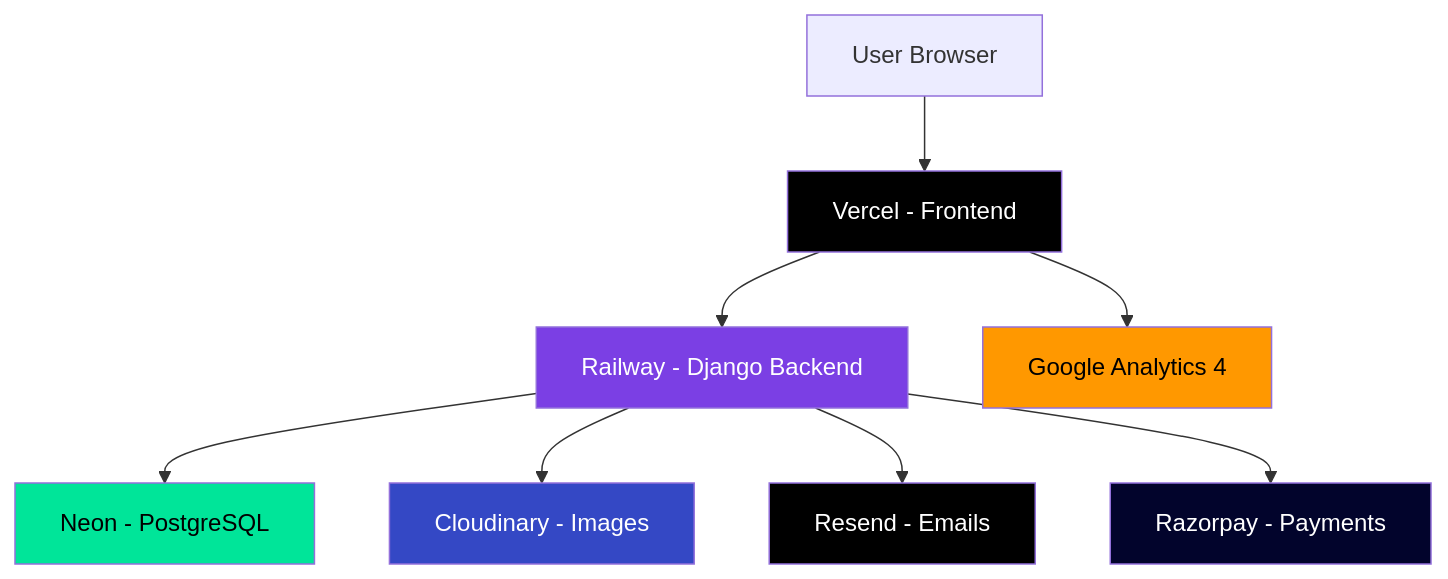
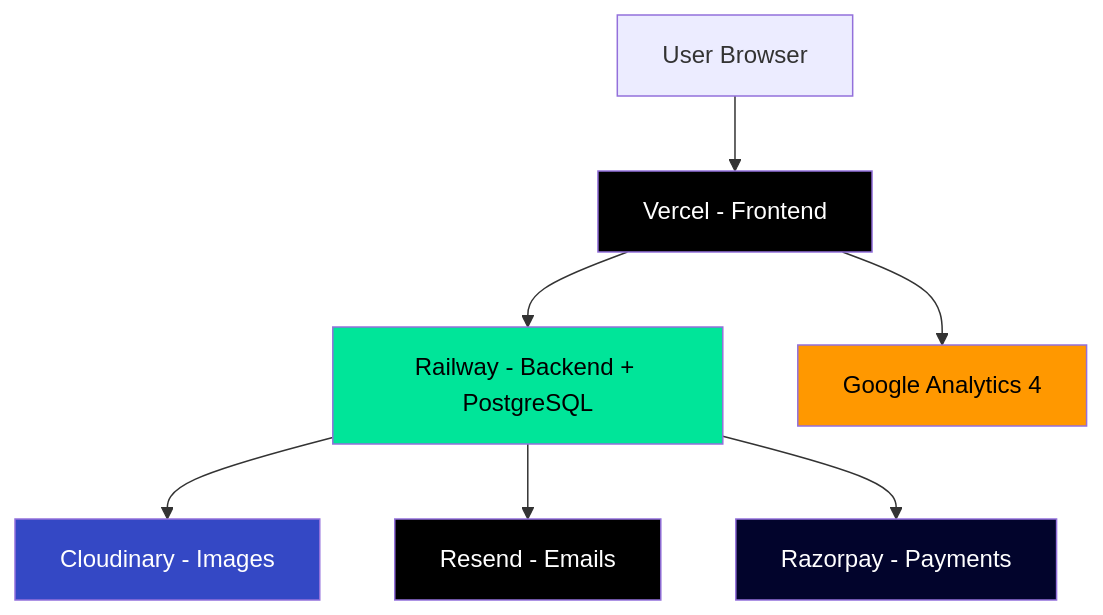
One commit to DikshantAgarwal/ecommerce changed the diagram in docs/handbook/06_Deployment_Guide.md. Above: the diagram before and after it, drawn with Mermaid. The commit also changed other lines of this file and 9 other files, not shown here.

First line of the commit message:
feat(deploy): Add Railway + Vercel deployment configuration

````diff
--- a/docs/handbook/06_Deployment_Guide.md
+++ b/docs/handbook/06_Deployment_Guide.md
@@ -17,18 +17,17 @@
 ```mermaid
 graph TB
     User[User Browser] --> Vercel[Vercel - Frontend]
-    Vercel --> Railway[Railway - Django Backend]
-    Railway --> Neon[Neon - PostgreSQL]
+    Vercel --> Railway[Railway - Backend + PostgreSQL]
     Railway --> Cloudinary[Cloudinary - Images]
     Railway --> Resend[Resend - Emails]
     Railway --> Razorpay[Razorpay - Payments]
     Vercel --> GA4[Google Analytics 4]
     
     style Vercel fill:#000,color:#fff
     style Railway fill:#7B3FE4,color:#fff
-    style Neon fill:#00E599,color:#000
+    style Railway fill:#00E599,color:#000
     style Cloudinary fill:#3448C5,color:#fff
     style Resend fill:#000,color:#fff
     style Razorpay fill:#02042C,color:#fff
     style GA4 fill:#FF9800,color:#000
 ```
````
